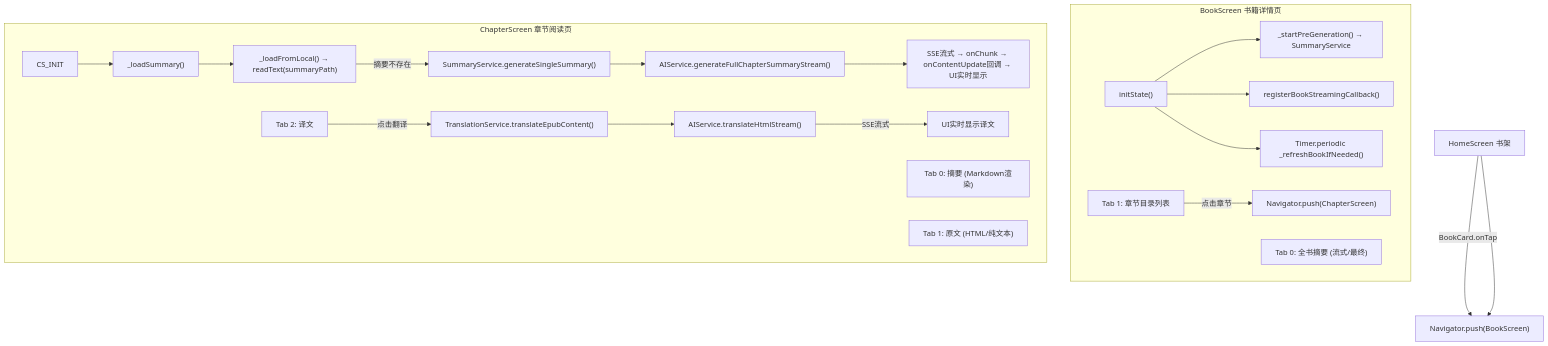
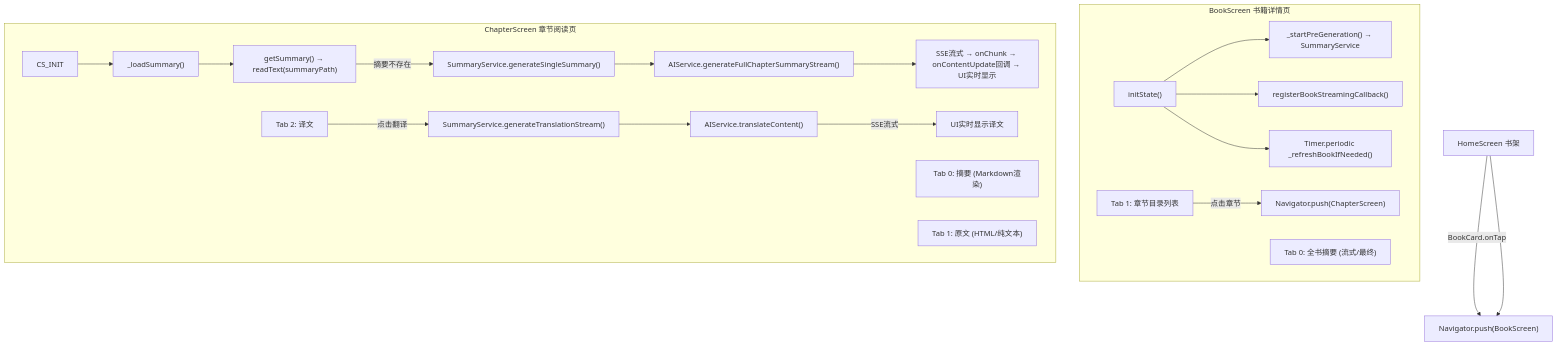
Before and after one commit to jjzhang2000/zhidu: the third of 11 diagrams in docs/function_call_relationships_visual.md, drawn with Mermaid. The commit also changed other lines of this file and 43 other files, not shown here.

````diff
--- a/docs/function_call_relationships_visual.md
+++ b/docs/function_call_relationships_visual.md
@@ -189,31 +174,31 @@
 ```mermaid
 flowchart TD
     HOME["HomeScreen 书架"] --> |"BookCard.onTap"| BOOK_SCREEN["Navigator.push(BookScreen)"]
 
     subgraph "BookScreen 书籍详情页"
         BS_INIT["initState()"] --> PRE["_startPreGeneration() → SummaryService"]
         BS_INIT --> REG["registerBookStreamingCallback()"]
         BS_INIT --> TIMER["Timer.periodic _refreshBookIfNeeded()"]
         TAB0["Tab 0: 全书摘要 (流式/最终)"]
         TAB1["Tab 1: 章节目录列表"]
         TAB1 --> |"点击章节"| CHAPTER_SCREEN["Navigator.push(ChapterScreen)"]
     end
 
     subgraph "ChapterScreen 章节阅读页"
         CS_INIT --> LOAD["_loadSummary()"]
-        LOAD --> LOCAL["_loadFromLocal() → readText(summaryPath)"]
+        LOAD --> LOCAL["getSummary() → readText(summaryPath)"]
         LOCAL --> |"摘要不存在"| GEN["SummaryService.generateSingleSummary()"]
         GEN --> AI["AIService.generateFullChapterSummaryStream()"]
         AI --> STREAM["SSE流式 → onChunk → onContentUpdate回调 → UI实时显示"]
 
         TAB_SUMMARY["Tab 0: 摘要 (Markdown渲染)"]
         TAB_ORIG["Tab 1: 原文 (HTML/纯文本)"]
         TAB_TRANS["Tab 2: 译文"]
 
-        TAB_TRANS --> |"点击翻译"| TRANS["TranslationService.translateEpubContent()"]
-        TRANS --> TRANS_AI["AIService.translateHtmlStream()"]
+        TAB_TRANS --> |"点击翻译"| TRANS["SummaryService.generateTranslationStream()"]
+        TRANS --> TRANS_AI["AIService.translateContent()"]
         TRANS_AI --> |"SSE流式"| TRANS_UI["UI实时显示译文"]
     end
 
     HOME --> BOOK_SCREEN
 ```
````
